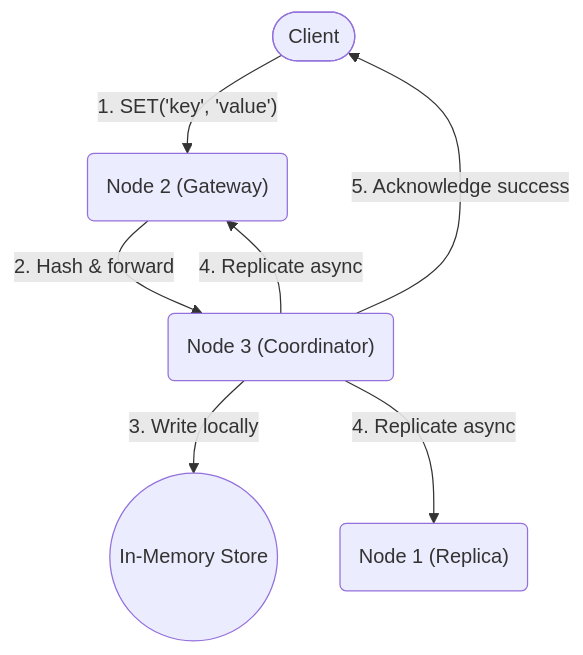
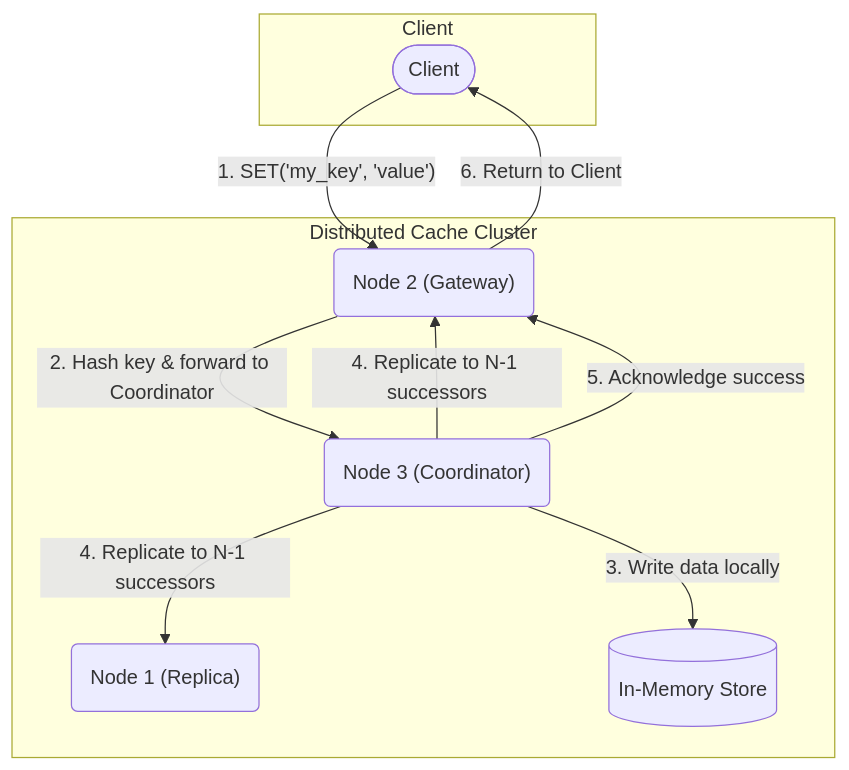
Before and after one commit to KaranSinghDev/Distributed-Operations-Hub: the diagram in README.md, drawn with Mermaid.

````diff
--- a/README.md
+++ b/README.md
@@ -24,9 +24,21 @@
 ```mermaid
 graph TD
-    Client([Client]) -->|"1. SET('key', 'value')"| Node2("Node 2 (Gateway)");
-    Node2 -->|"2. Hash & forward"| Node3("Node 3 (Coordinator)");
-    Node3 -->|"3. Write locally"| Storage3((In-Memory Store));
-    Node3 -->|"4. Replicate async"| Node1("Node 1 (Replica)");
-    Node3 -->|"4. Replicate async"| Node2;
-    Node3 -->|"5. Acknowledge success"| Client;
+    subgraph "Client"
+        C([Client])
+    end
+
+    subgraph "Distributed Cache Cluster"
+        N1("Node 1 (Replica)")
+        N2("Node 2 (Gateway)")
+        N3("Node 3 (Coordinator)")
+        N3_Storage[(In-Memory Store)]
+    end
+    
+    C -- "1. SET('my_key', 'value')" --> N2;
+    N2 -- "2. Hash key & forward to Coordinator" --> N3;
+    N3 -- "3. Write data locally" --> N3_Storage;
+    N3 -- "4. Replicate to N-1 successors" --> N1;
+    N3 -- "4. Replicate to N-1 successors" --> N2;
+    N3 -- "5. Acknowledge success" --> N2;
+    N2 -- "6. Return to Client" --> C;
 ```
````
